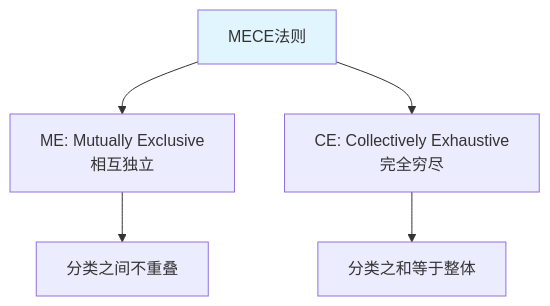
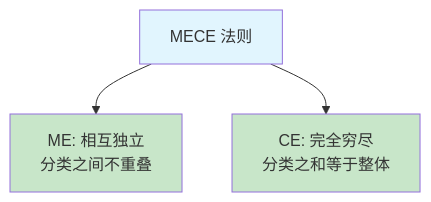
One commit to chongyang211/YCBookBlog changed the diagram in packages/website/13.书籍/05.自我精进·成事/02.事前谋划/06.MECE分析的方法.md. Above: the diagram before and after it, drawn with Mermaid. The commit also changed other lines of this file and 83 other files, not shown here.

````diff
--- a/packages/website/13.书籍/05.自我精进·成事/02.事前谋划/06.MECE分析的方法.md
+++ b/packages/website/13.书籍/05.自我精进·成事/02.事前谋划/06.MECE分析的方法.md
@@ -104,8 +79,8 @@
 ```mermaid
 graph TD
-    A[MECE法则] --> B[ME: Mutually Exclusive<br>相互独立]
-    A --> C[CE: Collectively Exhaustive<br>完全穷尽]
-    B --> B1[分类之间不重叠]
-    C --> C1[分类之和等于整体]
+    A[MECE 法则] --> B[ME: 相互独立<br/>分类之间不重叠]
+    A --> C[CE: 完全穷尽<br/>分类之和等于整体]
     style A fill:#e1f5fe
+    style B fill:#c8e6c9
+    style C fill:#c8e6c9
 ```
````
